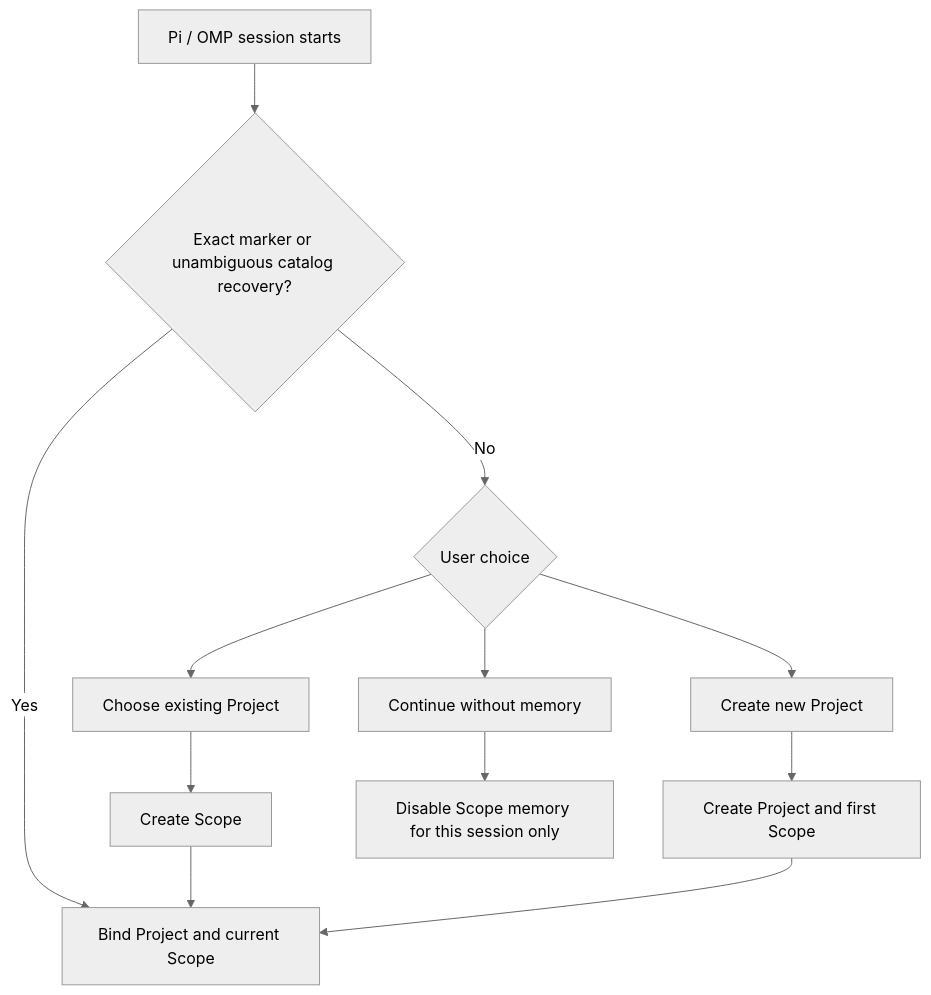
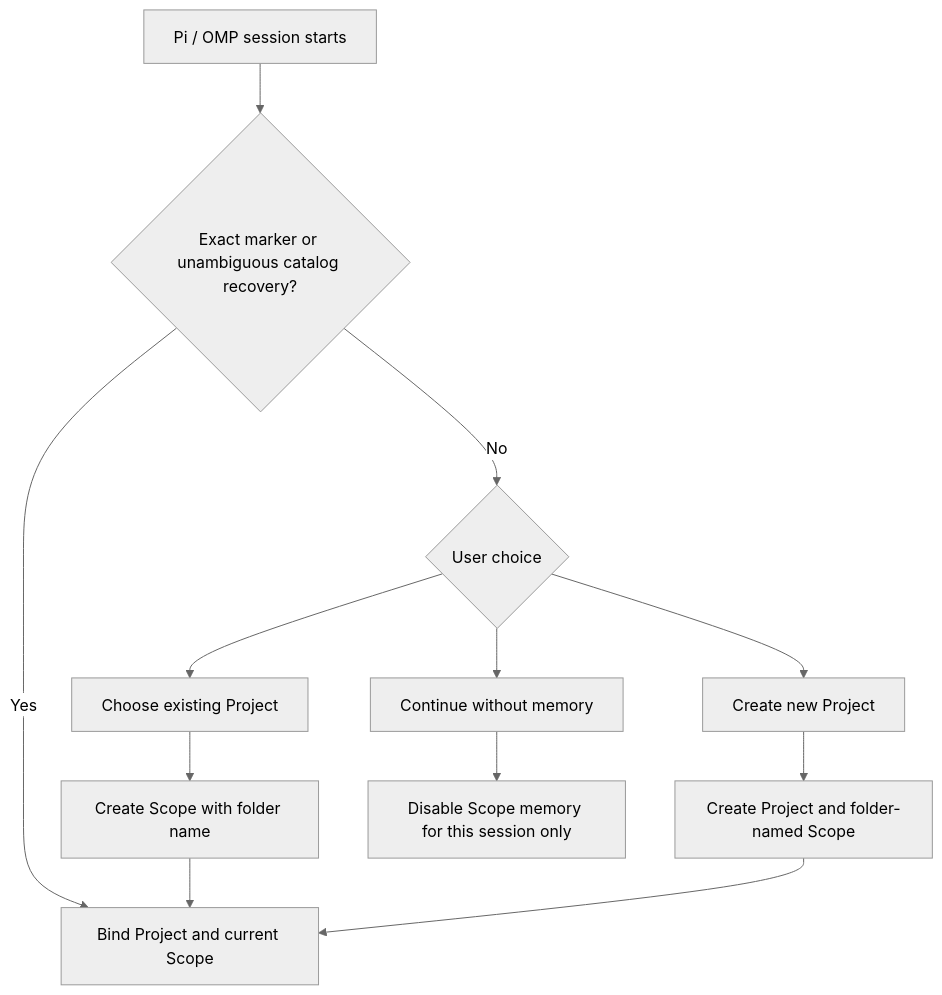
Before and after one commit to dudong2/pi-memory-orchestrator: the second of 4 diagrams in README.md, drawn with Mermaid (neutral theme). The commit also changed other lines of this file and 4 other files, not shown here.

````diff
--- a/README.md
+++ b/README.md
@@ -68,14 +68,14 @@
 ```mermaid
 flowchart TD
     Start[Pi / OMP session starts] --> Resolve{Exact marker or unambiguous catalog recovery?}
     Resolve -->|Yes| Bind[Bind Project and current Scope]
     Resolve -->|No| Choose{User choice}
     Choose --> Existing[Choose existing Project]
     Choose --> New[Create new Project]
     Choose --> None[Continue without memory]
-    Existing --> Scope[Create Scope]
-    New --> First[Create Project and first Scope]
+    Existing --> Scope[Create Scope with folder name]
+    New --> First[Create Project and folder-named Scope]
     Scope --> Bind
     First --> Bind
     None --> Disabled[Disable Scope memory for this session only]
 ```
````
